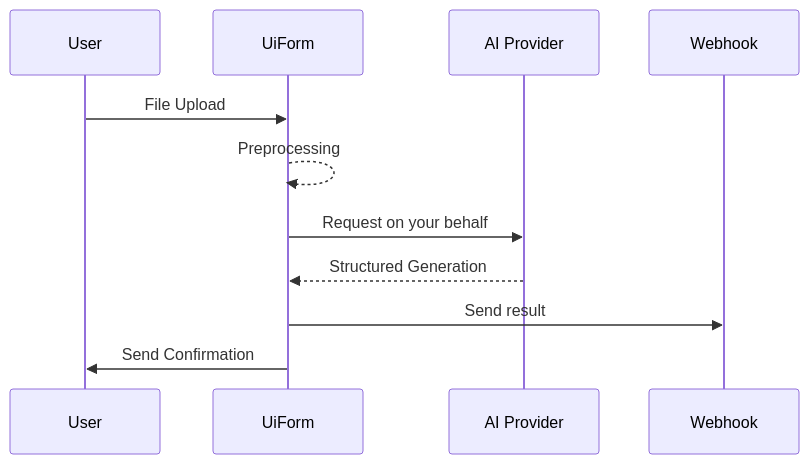
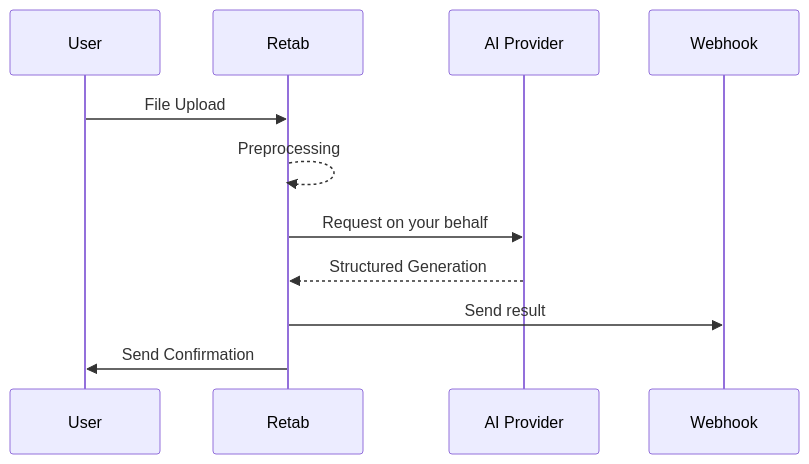
One commit to retab-dev/docs changed the diagram in get-started/introduction.mdx. Above: the diagram before and after it, drawn with Mermaid. The commit also changed other lines of this file and 43 other files, not shown here.

````diff
--- a/get-started/introduction.mdx
+++ b/get-started/introduction.mdx
@@ -33,9 +33,9 @@
 ```mermaid
 sequenceDiagram
-    User ->> UiForm: File Upload
-    UiForm -->> UiForm: Preprocessing
-    UiForm ->> AI Provider: Request on your behalf
-    AI Provider -->> UiForm:  Structured Generation
-    UiForm ->> Webhook: Send result
-    UiForm ->> User: Send Confirmation
+    User ->> Retab: File Upload
+    Retab -->> Retab: Preprocessing
+    Retab ->> AI Provider: Request on your behalf
+    AI Provider -->> Retab:  Structured Generation
+    Retab ->> Webhook: Send result
+    Retab ->> User: Send Confirmation
 ```
````
